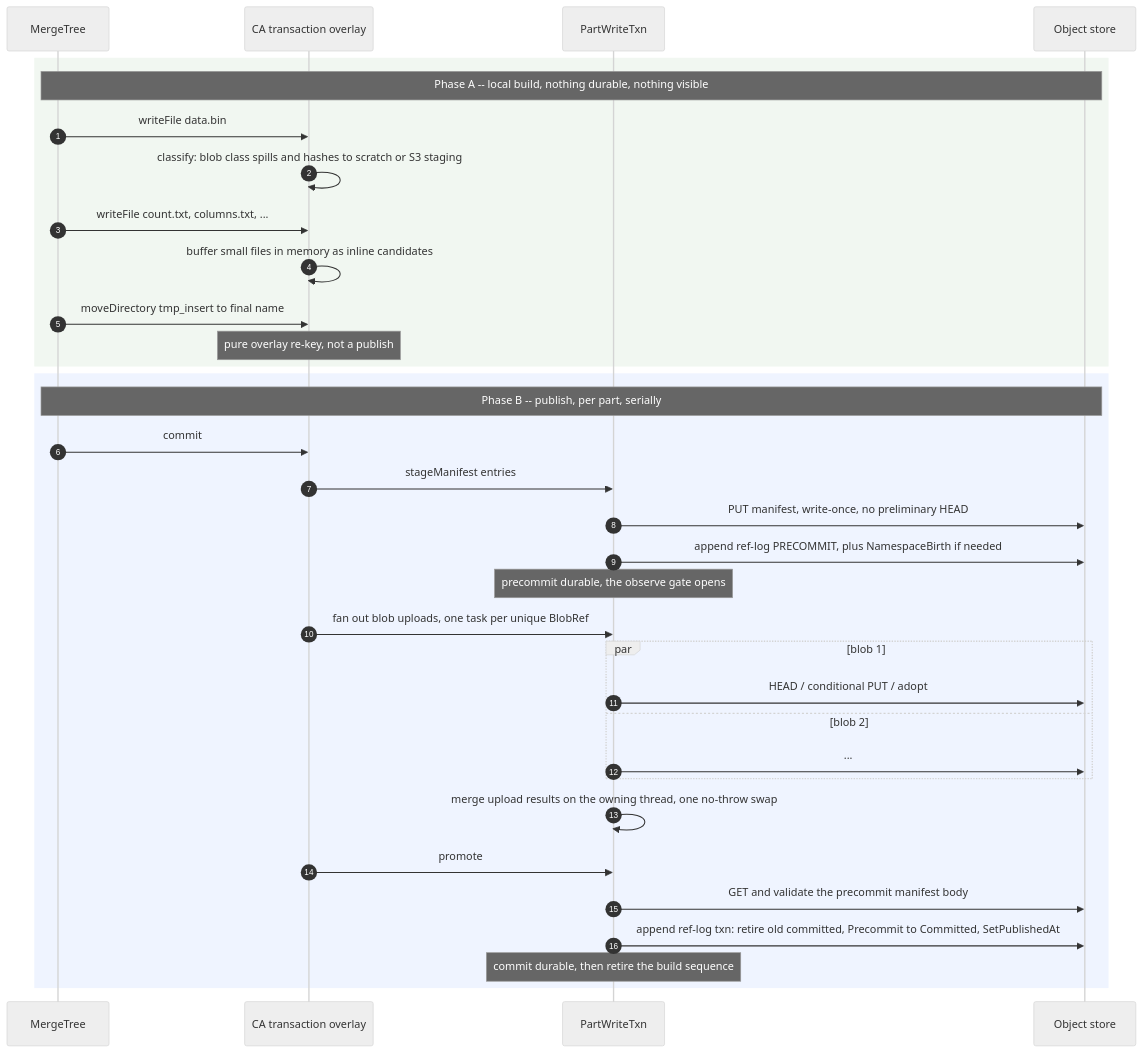
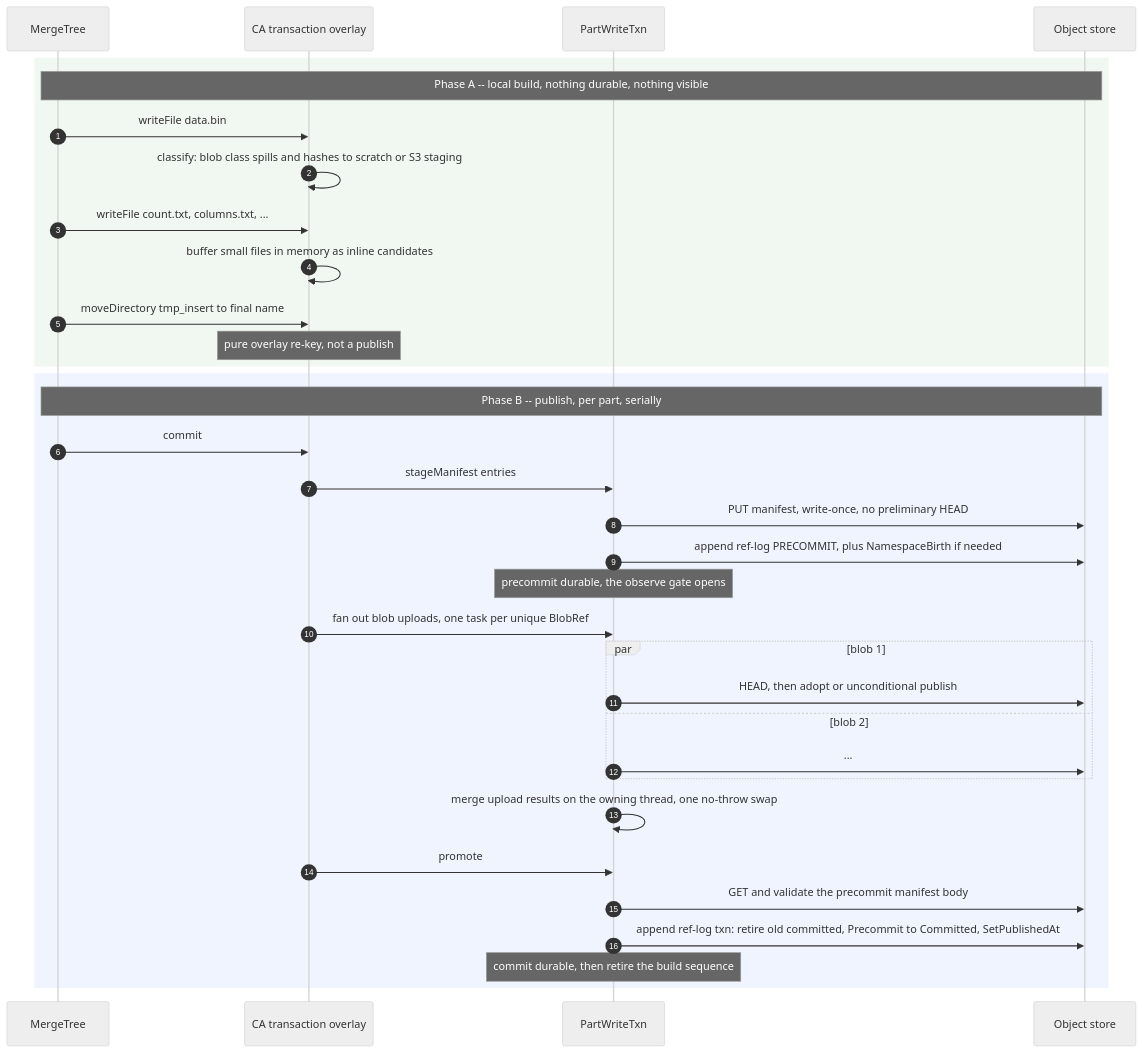
The diagram in docs/en/antalya/cas/architecture/part-lifecycle.md (Altinity/ClickHouse), drawn with Mermaid (neutral theme) before and after one commit. The commit also changed other lines of this file and 24 other files, not shown here.

````diff
--- a/docs/en/antalya/cas/architecture/part-lifecycle.md
+++ b/docs/en/antalya/cas/architecture/part-lifecycle.md
@@ -23,38 +23,38 @@
 ```mermaid
 sequenceDiagram
     autonumber
     participant MT as MergeTree
     participant TX as CA transaction overlay
     participant PW as PartWriteTxn
     participant S3 as Object store
 
     rect rgba(140,190,140,0.12)
     Note over MT,S3: Phase A -- local build, nothing durable, nothing visible
     MT->>TX: writeFile data.bin
     TX->>TX: classify: blob class spills and hashes to scratch or S3 staging
     MT->>TX: writeFile count.txt, columns.txt, ...
     TX->>TX: buffer small files in memory as inline candidates
     MT->>TX: moveDirectory tmp_insert to final name
     Note over TX: pure overlay re-key, not a publish
     end
 
     rect rgba(120,160,255,0.12)
     Note over MT,S3: Phase B -- publish, per part, serially
     MT->>TX: commit
     TX->>PW: stageManifest entries
     PW->>S3: PUT manifest, write-once, no preliminary HEAD
     PW->>S3: append ref-log PRECOMMIT, plus NamespaceBirth if needed
     Note over PW: precommit durable, the observe gate opens
     TX->>PW: fan out blob uploads, one task per unique BlobRef
     par blob 1
-        PW->>S3: HEAD / conditional PUT / adopt
+        PW->>S3: HEAD, then adopt or unconditional publish
     and blob 2
         PW->>S3: ...
     end
     PW->>PW: merge upload results on the owning thread, one no-throw swap
     TX->>PW: promote
     PW->>S3: GET and validate the precommit manifest body
     PW->>S3: append ref-log txn: retire old committed, Precommit to Committed, SetPublishedAt
     Note over PW: commit durable, then retire the build sequence
     end
 ```
````
